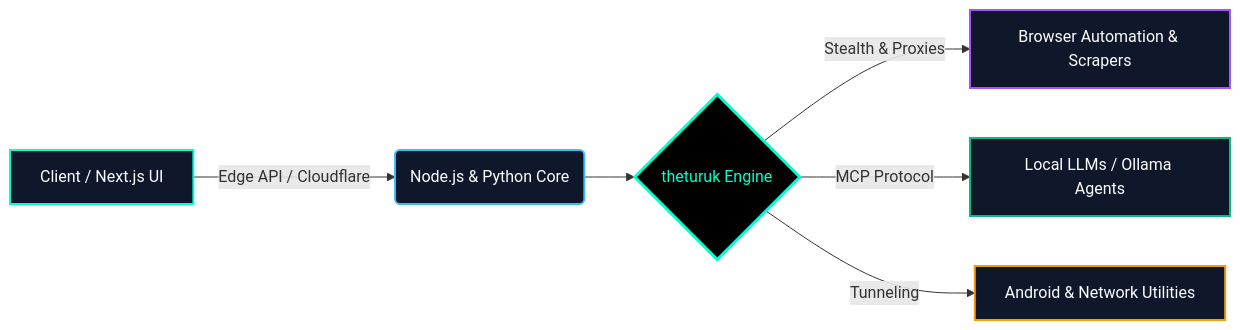
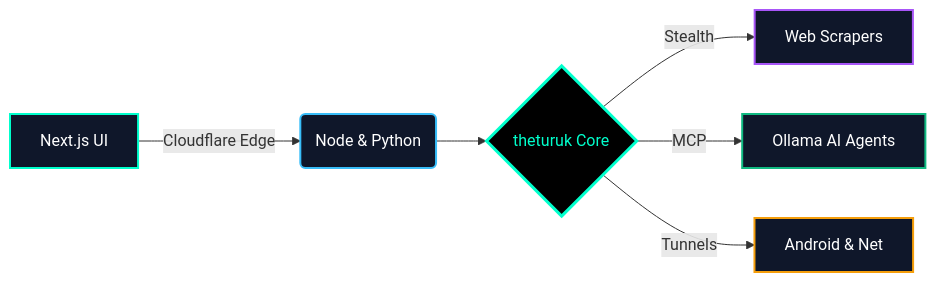
Before and after one commit to theturuk/theturuk: the diagram in README.md, drawn with Mermaid. The commit also changed other lines of this file, not shown here.

````diff
--- a/README.md
+++ b/README.md
@@ -122,14 +122,14 @@
 ```mermaid
 graph LR
-    A[Client / Next.js UI] -->|Edge API / Cloudflare| B(Node.js & Python Core)
-    B --> C{theturuk Engine}
-    C -->|Stealth & Proxies| D[Browser Automation & Scrapers]
-    C -->|MCP Protocol| E[Local LLMs / Ollama Agents]
-    C -->|Tunneling| F[Android & Network Utilities]
+    A[Next.js UI] -->|Cloudflare Edge| B(Node & Python)
+    B --> C{theturuk Core}
+    C -->|Stealth| D[Web Scrapers]
+    C -->|MCP| E[Ollama AI Agents]
+    C -->|Tunnels| F[Android & Net]
     style A fill:#0f172a,stroke:#00ffcc,stroke-width:2px,color:#fff
     style B fill:#0f172a,stroke:#38bdf8,stroke-width:2px,color:#fff
     style C fill:#000000,stroke:#00ffcc,stroke-width:3px,color:#00ffcc
     style D fill:#0f172a,stroke:#a855f7,stroke-width:2px,color:#fff
     style E fill:#0f172a,stroke:#10b981,stroke-width:2px,color:#fff
     style F fill:#0f172a,stroke:#f59e0b,stroke-width:2px,color:#fff
 ```
````
